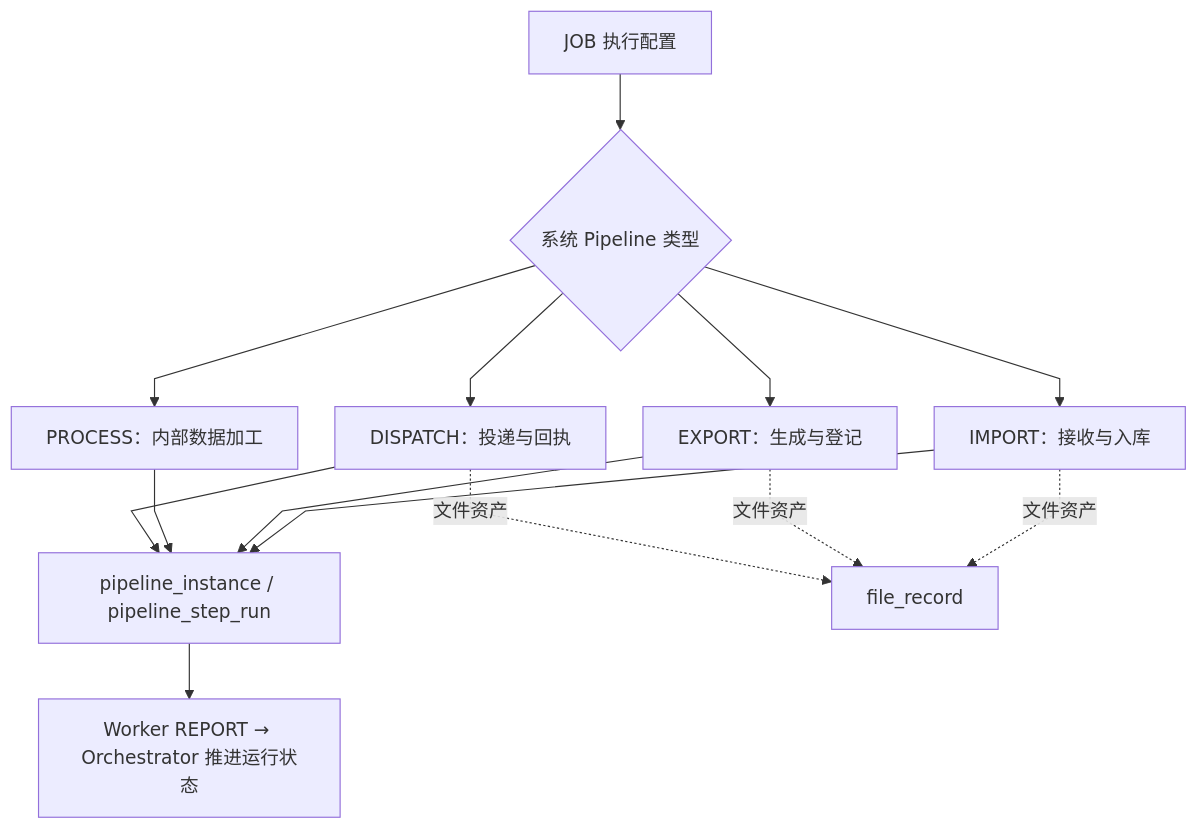
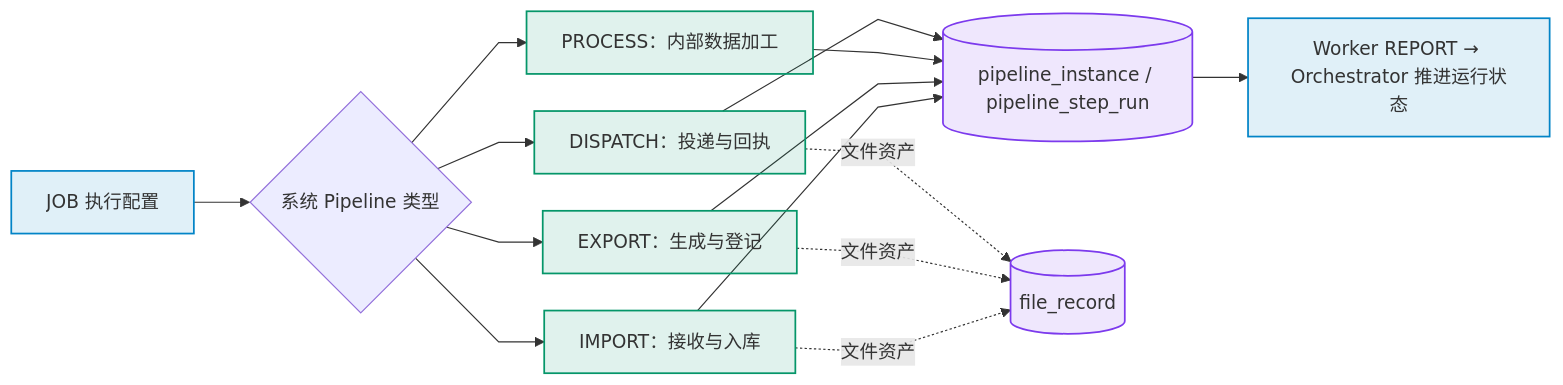
The first of 8 diagrams in docs/design/file-pipeline-design.md (pinpols/file-batch-system), drawn with Mermaid before and after one commit. The commit also changed other lines of this file and 11 other files, not shown here.

First line of the commit message:
docs(diagram): P2 文档图按图例统一并按源码核对状态机 (#1383)

````diff
--- a/docs/design/file-pipeline-design.md
+++ b/docs/design/file-pipeline-design.md
@@ -22,17 +22,24 @@
 ```mermaid
 %%{init: {"flowchart":{"curve":"linear","nodeSpacing":32,"rankSpacing":48},"sequence":{"mirrorActors":false}}}%%
-flowchart TB
-  J[JOB 执行配置] --> T{系统 Pipeline 类型}
-  T --> I[IMPORT：接收与入库]
-  T --> E[EXPORT：生成与登记]
-  T --> P[PROCESS：内部数据加工]
-  T --> D[DISPATCH：投递与回执]
-  I --> R[pipeline_instance / pipeline_step_run]
+flowchart LR
+  J["JOB 执行配置"]:::control --> T{"系统 Pipeline 类型"}
+  T --> I["IMPORT：接收与入库"]:::worker
+  T --> E["EXPORT：生成与登记"]:::worker
+  T --> P["PROCESS：内部数据加工"]:::worker
+  T --> D["DISPATCH：投递与回执"]:::worker
+  I --> R[("pipeline_instance / pipeline_step_run")]:::store
   E --> R
   P --> R
   D --> R
-  I -. 文件资产 .-> F[file_record]
+  I -. 文件资产 .-> F[("file_record")]:::store
   E -. 文件资产 .-> F
   D -. 文件资产 .-> F
-  R --> O[Worker REPORT → Orchestrator 推进运行状态]
+  R --> O["Worker REPORT → Orchestrator 推进运行状态"]:::control
+  classDef entry fill:#6366f11f,stroke:#6366f1,stroke-width:1.5px
+  classDef control fill:#0284c71f,stroke:#0284c7,stroke-width:1.5px
+  classDef mq fill:#d977061f,stroke:#d97706,stroke-width:1.5px
+  classDef worker fill:#0596691f,stroke:#059669,stroke-width:1.5px
+  classDef store fill:#7c3aed1f,stroke:#7c3aed,stroke-width:1.5px
+  classDef ext fill:#64748b14,stroke:#64748b,stroke-width:1.2px,stroke-dasharray:4 3
+  classDef lib fill:#64748b14,stroke:#64748b,stroke-width:1.2px
 ```
````
